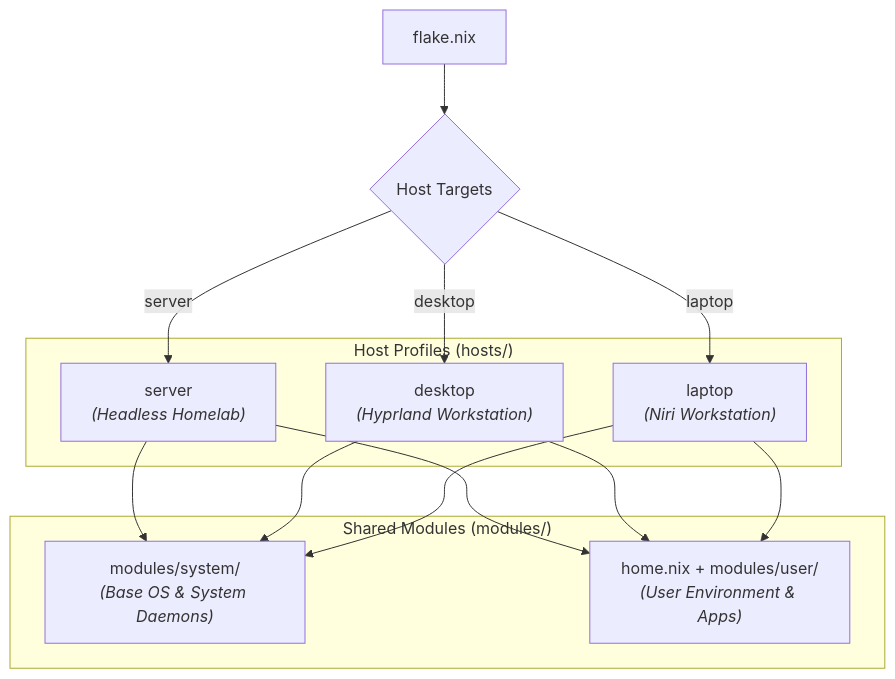
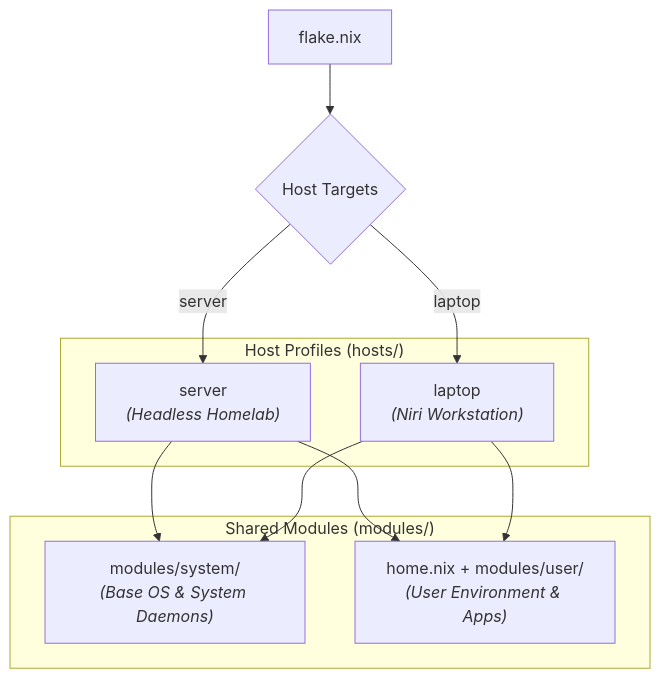
One commit to kiskaadee/nixos-config changed the first of 3 diagrams in README.md. Above: the diagram before and after it, drawn with Mermaid. The commit also changed other lines of this file and 25 other files, not shown here.

````diff
--- a/README.md
+++ b/README.md
@@ -11,27 +11,23 @@
 ```mermaid
 graph TD
     A["flake.nix"] --> B{"Host Targets"}
 
     subgraph Hosts ["Host Profiles (hosts/)"]
         S["server<br/><i>(Headless Homelab)</i>"]
-        D["desktop<br/><i>(Hyprland Workstation)</i>"]
         L["laptop<br/><i>(Niri Workstation)</i>"]
     end
 
     B -->|"server"| S
-    B -->|"desktop"| D
     B -->|"laptop"| L
 
     subgraph Shared ["Shared Modules (modules/)"]
         SYS["modules/system/<br/><i>(Base OS & System Daemons)</i>"]
         USER["home.nix + modules/user/<br/><i>(User Environment & Apps)</i>"]
     end
 
     S --> SYS
-    D --> SYS
     L --> SYS
 
     S --> USER
-    D --> USER
     L --> USER
 ```
````
